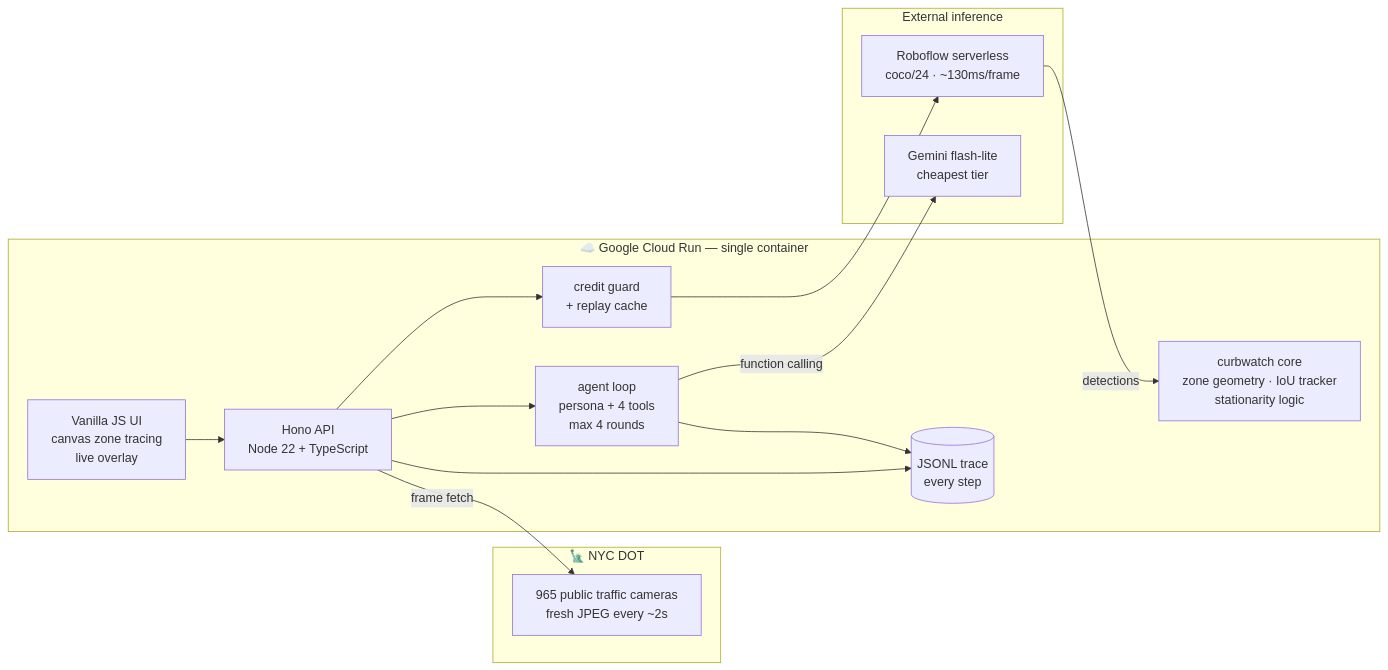
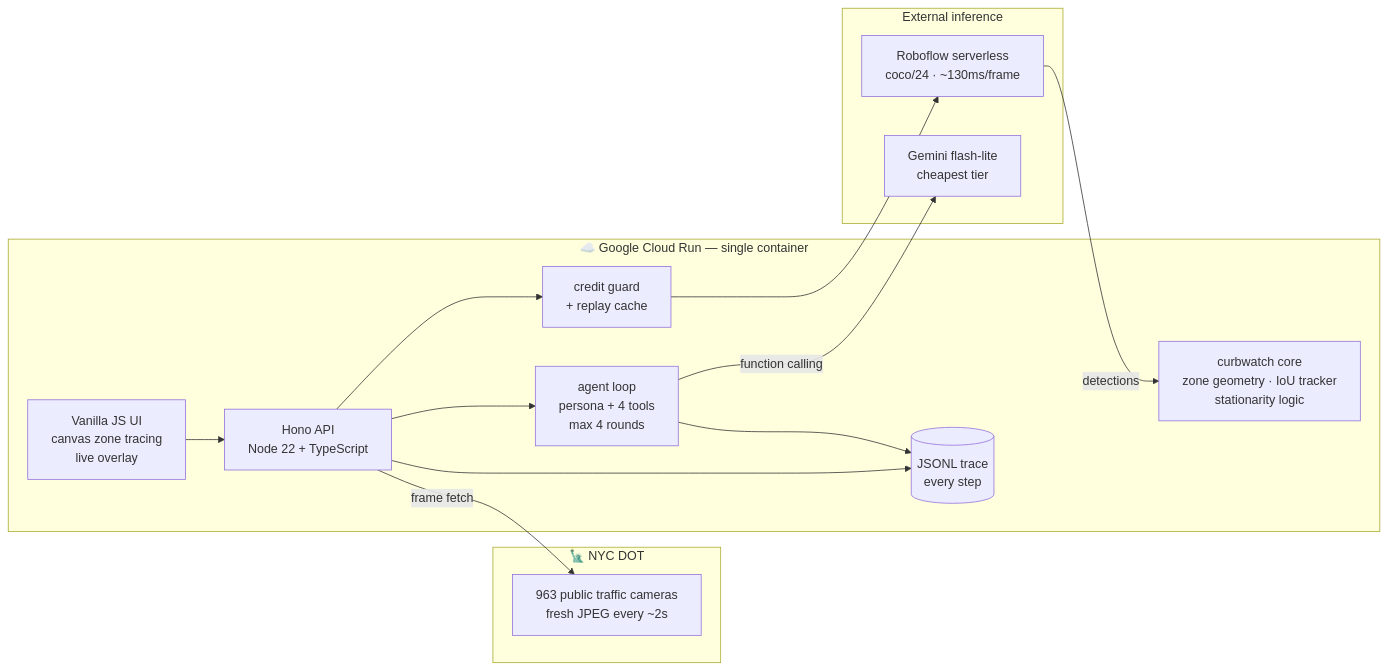
The first of 2 diagrams in README.md (roshaninfordham/NYC-Vision-Hack-2026), drawn with Mermaid before and after one commit. The commit also changed other lines of this file, not shown here.

````diff
--- a/README.md
+++ b/README.md
@@ -119,28 +119,28 @@
 ```mermaid
 flowchart LR
     subgraph NYC["🗽 NYC DOT"]
-        CAM[965 public traffic cameras<br/>fresh JPEG every ~2s]
+        CAM[963 public traffic cameras<br/>fresh JPEG every ~2s]
     end
 
     subgraph CR["☁️ Google Cloud Run — single container"]
         UIF[Vanilla JS UI<br/>canvas zone tracing<br/>live overlay]
         API[Hono API<br/>Node 22 + TypeScript]
         CORE["curbwatch core<br/>zone geometry · IoU tracker<br/>stationarity logic"]
         AGENT["agent loop<br/>persona + 4 tools<br/>max 4 rounds"]
         TRACE[("JSONL trace<br/>every step")]
         GUARD[credit guard<br/>+ replay cache]
     end
 
     subgraph EXT["External inference"]
         RF[Roboflow serverless<br/>coco/24 · ~130ms/frame]
         GEM[Gemini flash-lite<br/>cheapest tier]
     end
 
     UIF --> API
     API -->|frame fetch| CAM
     API --> GUARD --> RF
     RF -->|detections| CORE
     API --> AGENT -->|function calling| GEM
     AGENT --> TRACE
     API --> TRACE
 ```
````
